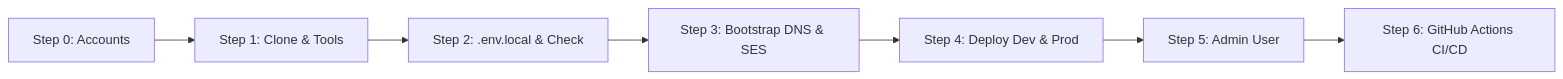
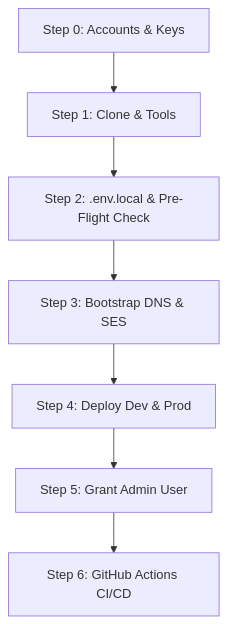
The diagram in docs/deployment.md (venkatesh-singamsetty/cricscore), drawn with Mermaid before and after one commit. The commit also changed other lines of this file and 43 other files, not shown here.

````diff
--- a/docs/deployment.md
+++ b/docs/deployment.md
@@ -8,9 +8,9 @@
 ```mermaid
-flowchart LR
-    S0["Step 0: Accounts"] --> S1["Step 1: Clone & Tools"]
-    S1 --> S2["Step 2: .env.local & Check"]
+flowchart TD
+    S0["Step 0: Accounts & Keys"] --> S1["Step 1: Clone & Tools"]
+    S1 --> S2["Step 2: .env.local & Pre-Flight Check"]
     S2 --> S3["Step 3: Bootstrap DNS & SES"]
     S3 --> S4["Step 4: Deploy Dev & Prod"]
-    S4 --> S5["Step 5: Admin User"]
+    S4 --> S5["Step 5: Grant Admin User"]
     S5 --> S6["Step 6: GitHub Actions CI/CD"]
 ```
````
